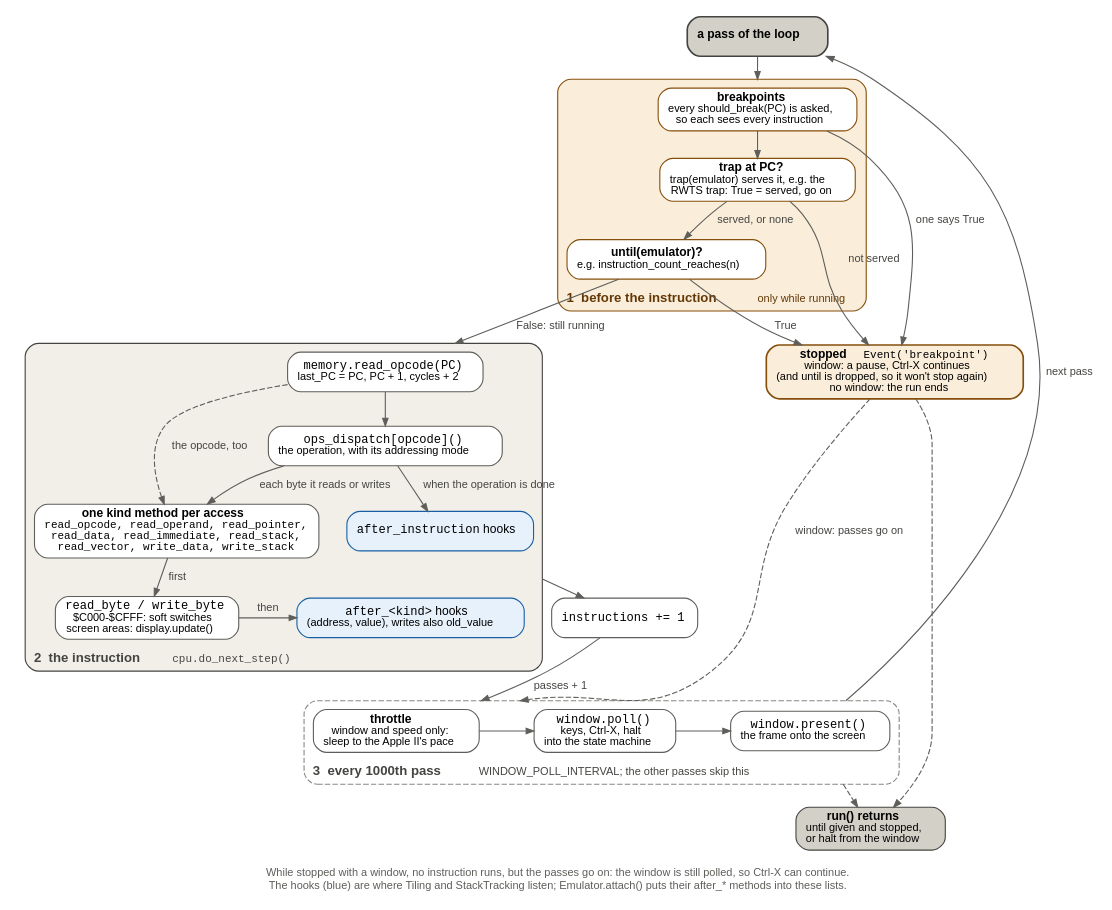
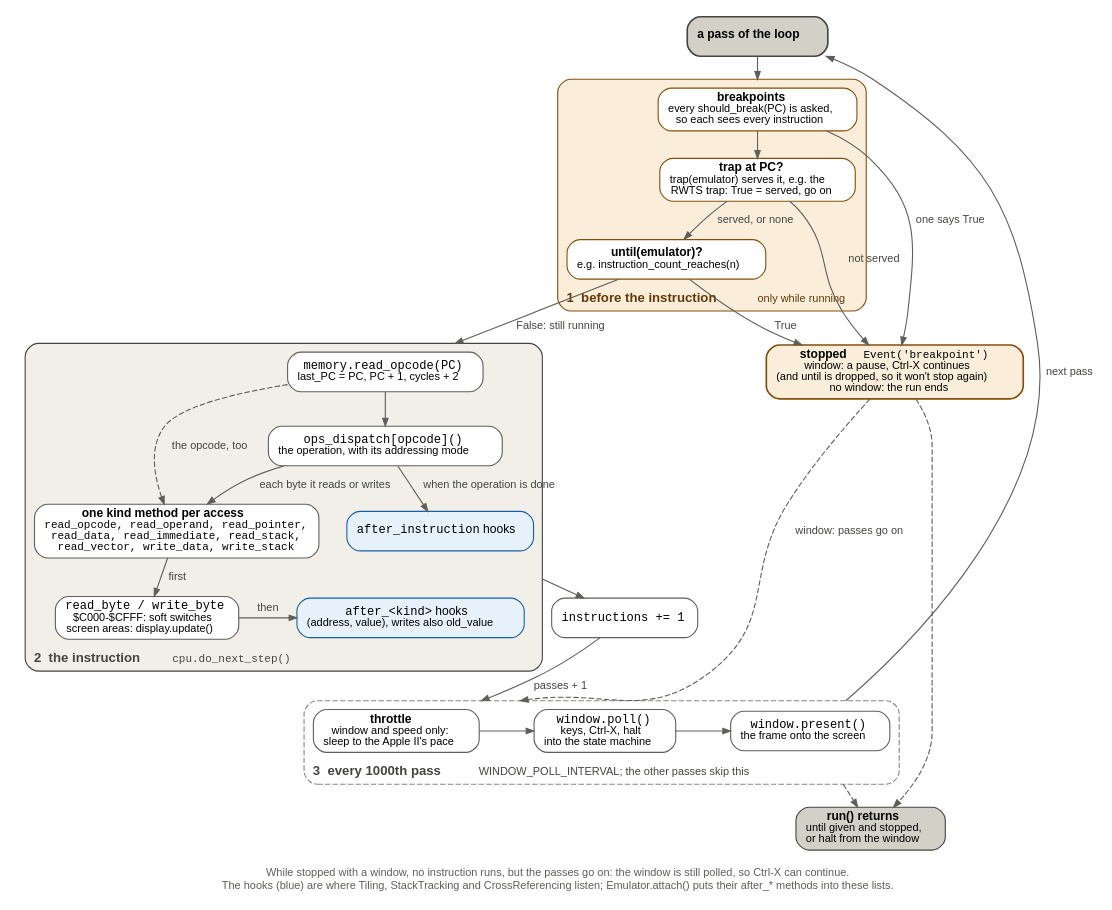
Before and after one commit to fschuhi/papple2: the diagram in docs/diagrams/run-loop.dot, drawn with Graphviz. The commit also changed 2 other files, not shown here.

```diff
--- a/docs/diagrams/run-loop.dot
+++ b/docs/diagrams/run-loop.dot
@@ -1,98 +1,98 @@
 // One pass of Emulator.run(): the checks before an instruction, the
 // instruction with its memory accesses and hooks, and the window's turn
 // every 1000 passes. Replaces the old run-loop.svg (pre-redesign).
 // Colours: amber = stop conditions (from papple2.debug or traps),
 // grey = the machine, blue = the hooks the instrumentations attach to,
 // white = the window. Rendered by `make presentation`.
 
 digraph run_loop {
     rankdir=TB;
     newrank=true;
     compound=true;
     size="13.3,7.5";
     nodesep=0.35;
     ranksep=0.32;
     bgcolor="white";
     fontname="Helvetica";
     fontsize=10;
     fontcolor="#5F5E5A";
     labelloc="b";
-    label="\nWhile stopped with a window, no instruction runs, but the passes go on: the window is still polled, so Ctrl-X can continue.\nThe hooks (blue) are where Tiling and StackTracking listen; Emulator.attach() puts their after_* methods into these lists.";
+    label="\nWhile stopped with a window, no instruction runs, but the passes go on: the window is still polled, so Ctrl-X can continue.\nThe hooks (blue) are where Tiling, StackTracking and CrossReferencing listen; Emulator.attach() puts their after_* methods into these lists.";
     node [shape=box, style="rounded,filled", fontname="Helvetica", fontsize=11,
           fillcolor="white", color="#5F5E5A", penwidth=1, margin="0.12,0.06"];
     edge [color="#5F5E5A", fontname="Helvetica", fontsize=10, fontcolor="#444441",
           arrowsize=0.7];
 
     pass [label=<<B>a pass of the loop</B>>, shape=box, style="rounded,filled",
           fillcolor="#D3D1C7", color="#444441", penwidth=1.5];
 
     subgraph cluster_checks {
         label=<<B>1  before the instruction</B>  <FONT POINT-SIZE="10">only while running</FONT>>;
         labeljust="l"; style="rounded,filled"; fillcolor="#FAEEDA"; color="#854F0B";
         fontcolor="#633806"; fontsize=12;
         node [color="#854F0B"];
 
         breakpoints [label=<<B>breakpoints</B><BR/><FONT POINT-SIZE="10">every should_break(PC) is asked,</FONT><BR/><FONT POINT-SIZE="10">so each sees every instruction</FONT>>];
         trap [label=<<B>trap at PC?</B><BR/><FONT POINT-SIZE="10">trap(emulator) serves it, e.g. the</FONT><BR/><FONT POINT-SIZE="10">RWTS trap: True = served, go on</FONT>>];
         until [label=<<B>until(emulator)?</B><BR/><FONT POINT-SIZE="10">e.g. instruction_count_reaches(n)</FONT>>];
         breakpoints -> trap;
         trap -> until [label=" served, or none "];
     }
 
     stopped [label=<<B>stopped</B>  <FONT FACE="monospace" POINT-SIZE="10">Event('breakpoint')</FONT><BR/><FONT POINT-SIZE="10">window: a pause, Ctrl-X continues</FONT><BR/><FONT POINT-SIZE="10">(and until is dropped, so it won't stop again)</FONT><BR/><FONT POINT-SIZE="10">no window: the run ends</FONT>>,
              fillcolor="#FAEEDA", color="#854F0B", penwidth=1.5];
 
     breakpoints -> stopped [label=" one says True "];
     trap -> stopped [label=" not served "];
     until -> stopped [label=" True "];
 
     subgraph cluster_step {
         label=<<B>2  the instruction</B>  <FONT FACE="monospace" POINT-SIZE="10">cpu.do_next_step()</FONT>>;
         labeljust="l"; style="rounded,filled"; fillcolor="#F1EFE8"; color="#444441";
         fontcolor="#444441"; fontsize=12;
 
         fetch [label=<<FONT FACE="monospace">memory.read_opcode(PC)</FONT><BR/><FONT POINT-SIZE="10">last_PC = PC, PC + 1, cycles + 2</FONT>>];
         op [label=<<FONT FACE="monospace">ops_dispatch[opcode]()</FONT><BR/><FONT POINT-SIZE="10">the operation, with its addressing mode</FONT>>];
         kinds [label=<<B>one kind method per access</B><BR/><FONT FACE="monospace" POINT-SIZE="10">read_opcode, read_operand, read_pointer,<BR/>read_data, read_immediate, read_stack,<BR/>read_vector, write_data, write_stack</FONT>>];
         byte [label=<<FONT FACE="monospace">read_byte / write_byte</FONT><BR/><FONT POINT-SIZE="10">$C000-$CFFF: soft switches</FONT><BR/><FONT POINT-SIZE="10">screen areas: display.update()</FONT>>];
         after_instruction [label=<<FONT FACE="monospace">after_instruction</FONT> hooks>,
                            fillcolor="#E6F1FB", color="#185FA5"];
 
         fetch -> op;
         op -> kinds [label=" each byte it reads or writes "];
         kinds -> byte [label=" first "];
         byte -> after_kind [label=" then "];
         after_kind [label=<<FONT FACE="monospace">after_&lt;kind&gt;</FONT> hooks<BR/><FONT POINT-SIZE="10">(address, value), writes also old_value</FONT>>,
                     fillcolor="#E6F1FB", color="#185FA5"];
         { rank=same; byte; after_kind; }
         fetch -> kinds [style=dashed, label=" the opcode, too "];
         op -> after_instruction [label=" when the operation is done "];
     }
 
     count [label=<<FONT FACE="monospace">instructions += 1</FONT>>];
 
     subgraph cluster_window {
         label=<<B>3  every 1000th pass</B>  <FONT POINT-SIZE="10">WINDOW_POLL_INTERVAL; the other passes skip this</FONT>>;
         labeljust="l"; style="rounded,dashed"; color="#888780";
         fontcolor="#444441"; fontsize=12;
 
         throttle [label=<<B>throttle</B><BR/><FONT POINT-SIZE="10">window and speed only:</FONT><BR/><FONT POINT-SIZE="10">sleep to the Apple II's pace</FONT>>];
         poll [label=<<FONT FACE="monospace">window.poll()</FONT><BR/><FONT POINT-SIZE="10">keys, Ctrl-X, halt</FONT><BR/><FONT POINT-SIZE="10">into the state machine</FONT>>];
         present [label=<<FONT FACE="monospace">window.present()</FONT><BR/><FONT POINT-SIZE="10">the frame onto the screen</FONT>>];
         { rank=same; throttle; poll; present; }
         throttle -> poll -> present;
     }
 
     ends [label=<<B>run() returns</B><BR/><FONT POINT-SIZE="10">until given and stopped,</FONT><BR/><FONT POINT-SIZE="10">or halt from the window</FONT>>,
           fillcolor="#D3D1C7", color="#444441"];
 
     pass -> breakpoints [lhead=cluster_checks];
     until -> fetch [lhead=cluster_step, label=" False: still running "];
     after_instruction -> count [ltail=cluster_step];
     count -> throttle [lhead=cluster_window, label=" passes + 1 "];
     present -> ends [ltail=cluster_window, style=dashed];
     present -> pass [ltail=cluster_window, constraint=false, label=" next pass "];
     stopped -> ends [style=dashed];
     stopped -> throttle [lhead=cluster_window, style=dashed, constraint=false,
                          label=" window: passes go on "];
 }
```
